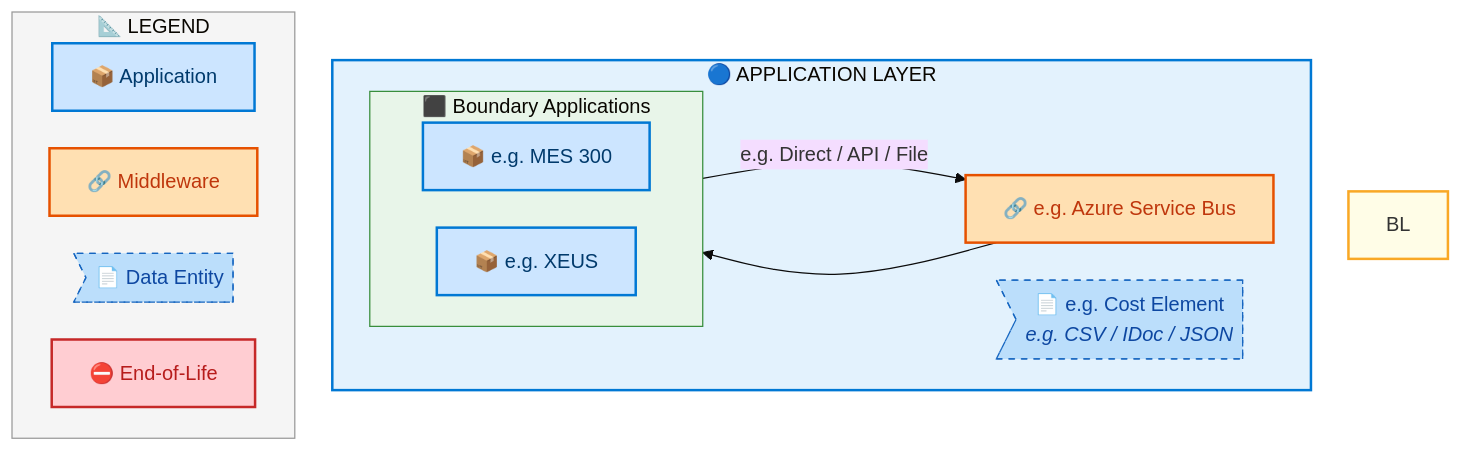
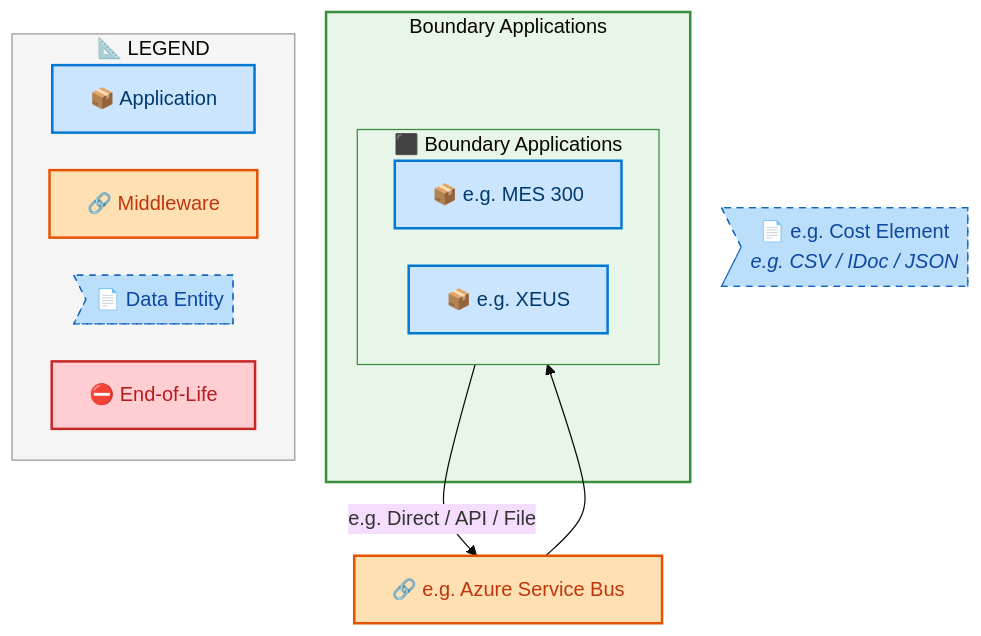
Before and after one commit to sajivfrancis777/IAO-Architecture: the eighth of 11 diagrams in towers/E2E/Forecast to Stock/E2E-84/output/docs/systems-architecture/E2E-84-Architecture.md, drawn with Mermaid. The commit also changed other lines of this file and 106 other files, not shown here.

First line of the commit message:
feat: tier-grouped swim lane layout for architecture diagrams

````diff
--- a/towers/E2E/Forecast to Stock/E2E-84/output/docs/systems-architecture/E2E-84-Architecture.md
+++ b/towers/E2E/Forecast to Stock/E2E-84/output/docs/systems-architecture/E2E-84-Architecture.md
@@ -1484,41 +1484,40 @@
 ```mermaid
 %%{init: {"theme": "base", "securityLevel": "loose", "themeVariables": {"fontSize": "16px", "fontFamily": "Segoe UI, Arial, sans-serif"}, "flowchart": {"useMaxWidth": false, "htmlLabels": true, "nodeSpacing": 30, "rankSpacing": 35}} }%%
 flowchart TB
     %% -- ArchiMate 3.2 + Azure style classes --
     classDef business      fill:#FFFFB3,stroke:#F9A825,stroke-width:2px,color:#000
     classDef app           fill:#CCE5FF,stroke:#0078D4,stroke-width:2px,color:#003A6C
     classDef data          fill:#BBDEFB,stroke:#1565C0,stroke-width:1px,color:#0D47A1,stroke-dasharray: 5 5
     classDef middleware    fill:#FFE0B2,stroke:#E65100,stroke-width:2px,color:#BF360C
     classDef eol           fill:#FFCDD2,stroke:#C62828,stroke-width:2px,color:#B71C1C
     classDef saas          fill:#E1BEE7,stroke:#7B1FA2,stroke-width:2px,color:#4A148C
     classDef cloud         fill:#BBDEFB,stroke:#1565C0,stroke-width:2px,color:#0D47A1
     classDef onprem        fill:#C8E6C9,stroke:#2E7D32,stroke-width:2px,color:#1B5E20
 
-    subgraph AL["🔵 APPLICATION LAYER"]
+    subgraph E2E84CT_Boundary_Applications["Boundary Applications"]
         subgraph E2E84CLN_Boundary_Applications[" ⬛ Boundary Applications"]
             direction LR
             E2E84C_e_g_MES_300["📦 e.g. MES 300"]:::app
             E2E84C_e_g_XEUS["📦 e.g. XEUS"]:::app
         end
-        E2E84CMW_e_g_Azure_Service_Bus["🔗 e.g. Azure Service Bus"]:::middleware
-        E2E84CDE_e_g_Cost_Element>"📄 e.g. Cost Element<br/><i>e.g. CSV / IDoc / JSON</i>"]:::data
     end
+
+    E2E84CMW_e_g_Azure_Service_Bus["🔗 e.g. Azure Service Bus"]:::middleware
+    E2E84CDE_e_g_Cost_Element>"📄 e.g. Cost Element<br/><i>e.g. CSV / IDoc / JSON</i>"]:::data
 
     E2E84C_e_g_MES_300 -->|"e.g. Direct / API / File"| E2E84CMW_e_g_Azure_Service_Bus
     E2E84CMW_e_g_Azure_Service_Bus --> E2E84C_e_g_XEUS
 
 
-    style BL fill:#FFFDE7,stroke:#F9A825,stroke-width:2px
-    style AL fill:#E3F2FD,stroke:#0078D4,stroke-width:2px
-
+    style E2E84CT_Boundary_Applications fill:#E8F5E9,stroke:#388E3C,stroke-width:2px
     style E2E84CLN_Boundary_Applications fill:#E8F5E9,stroke:#388E3C,stroke-width:1px
 
     subgraph Legend["📐 LEGEND"]
         direction LR
         L_APP["📦 Application"]:::app
         L_MW["🔗 Middleware"]:::middleware
         L_DE>"📄 Data Entity"]:::data
         L_EOL["⛔ End-of-Life"]:::eol
     end
     style Legend fill:#F5F5F5,stroke:#999,stroke-width:1px
 ```
````
